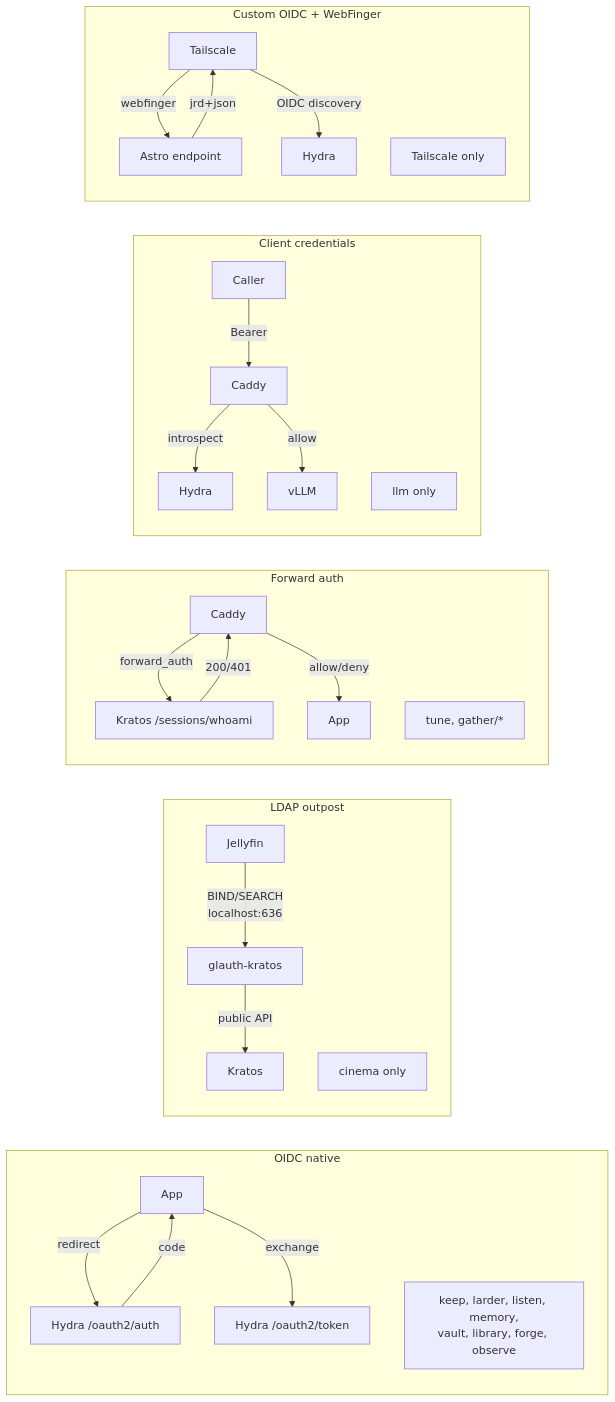
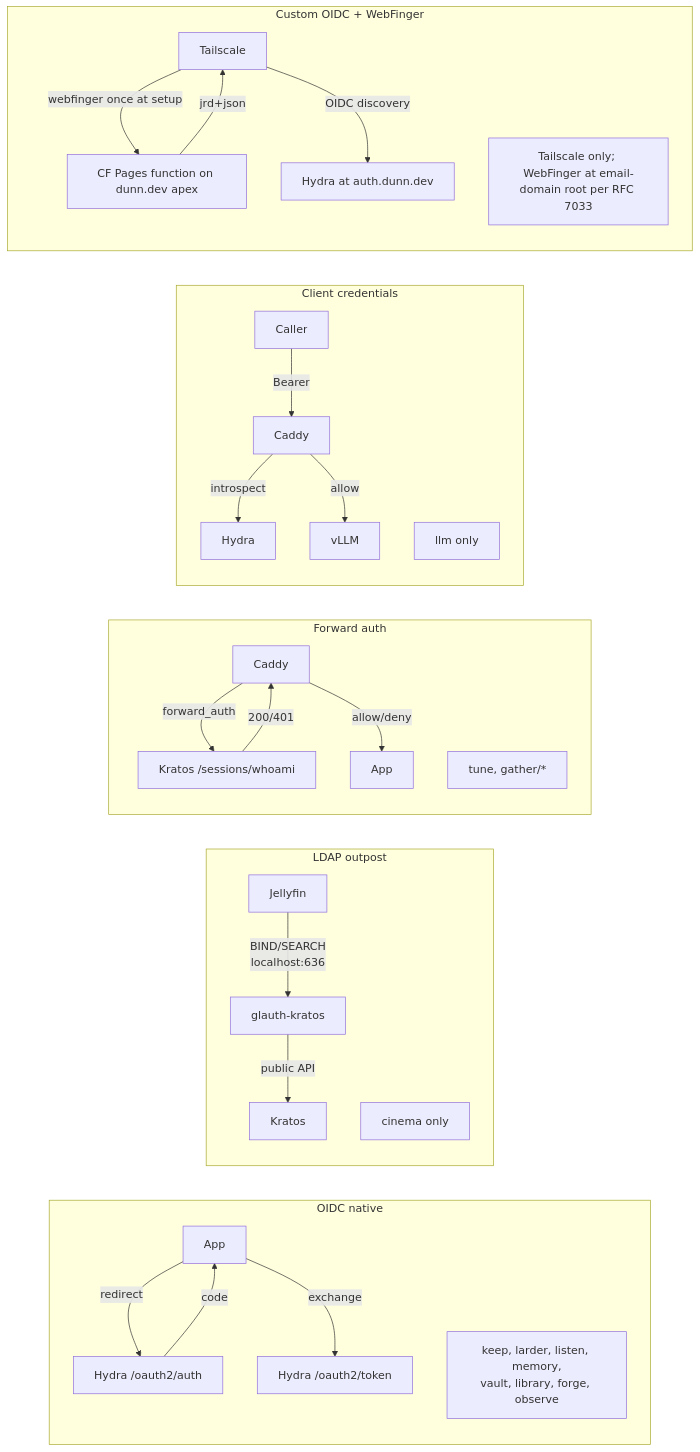
One commit to andrewdunndev/othala changed the second of 8 diagrams in docs/architecture-diagram.md. Above: the diagram before and after it, drawn with Mermaid. The commit also changed 8 other files, not shown here.

````diff
--- a/docs/architecture-diagram.md
+++ b/docs/architecture-diagram.md
@@ -72,36 +72,36 @@
 ```mermaid
 flowchart LR
   subgraph Native[OIDC native]
     n1[App] -->|redirect| n2[Hydra /oauth2/auth]
     n2 -->|code| n1
     n1 -->|exchange| n3[Hydra /oauth2/token]
     note1[keep, larder, listen, memory,<br/>vault, library, forge, observe]
   end
 
   subgraph LDAP[LDAP outpost]
     l1[Jellyfin] -->|BIND/SEARCH<br/>localhost:636| l2[glauth-kratos]
     l2 -->|public API| l3[Kratos]
     note2[cinema only]
   end
 
   subgraph FA[Forward auth]
     f1[Caddy] -->|forward_auth| f2[Kratos /sessions/whoami]
     f2 -->|200/401| f1
     f1 -->|allow/deny| f3[App]
     note3[tune, gather/*]
   end
 
   subgraph CC[Client credentials]
     c1[Caller] -->|Bearer| c2[Caddy]
     c2 -->|introspect| c3[Hydra]
     c2 -->|allow| c4[vLLM]
     note4[llm only]
   end
 
   subgraph WF[Custom OIDC + WebFinger]
-    w1[Tailscale] -->|webfinger| w2[Astro endpoint]
+    w1[Tailscale] -->|webfinger once at setup| w2[CF Pages function on dunn.dev apex]
     w2 -->|jrd+json| w1
-    w1 -->|OIDC discovery| w3[Hydra]
-    note5[Tailscale only]
+    w1 -->|OIDC discovery| w3[Hydra at auth.dunn.dev]
+    note5[Tailscale only; WebFinger at email-domain root per RFC 7033]
   end
 ```
````
